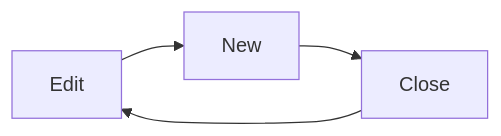
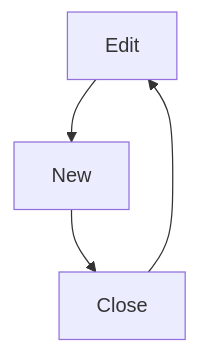
Before and after one commit to dudung/kuno: the diagram in 2022/05/17.md, drawn with Mermaid.

Commit message:
new empty, date only

````diff
--- a/2022/05/17.md
+++ b/2022/05/17.md
@@ -14,7 +14,7 @@
   ```mermaid
-  graph LR
+  graph TD
   A[Edit];
   B[New];
   C[Close];
   A --> B --> C --> A
   ```
````
